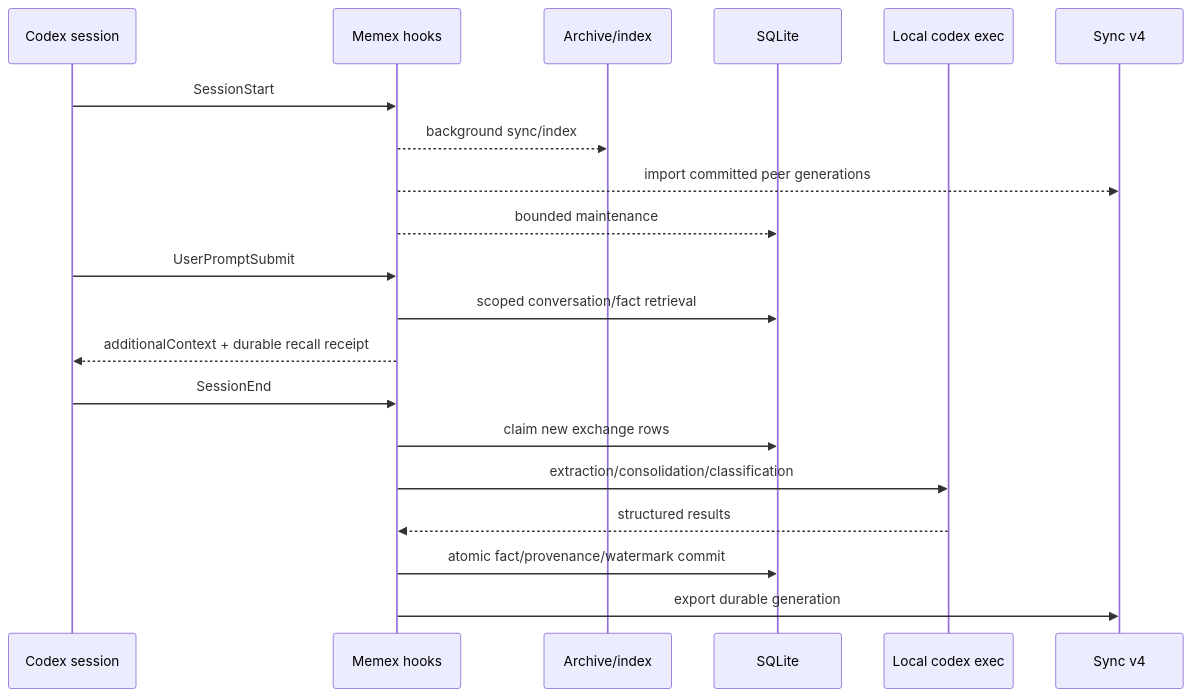
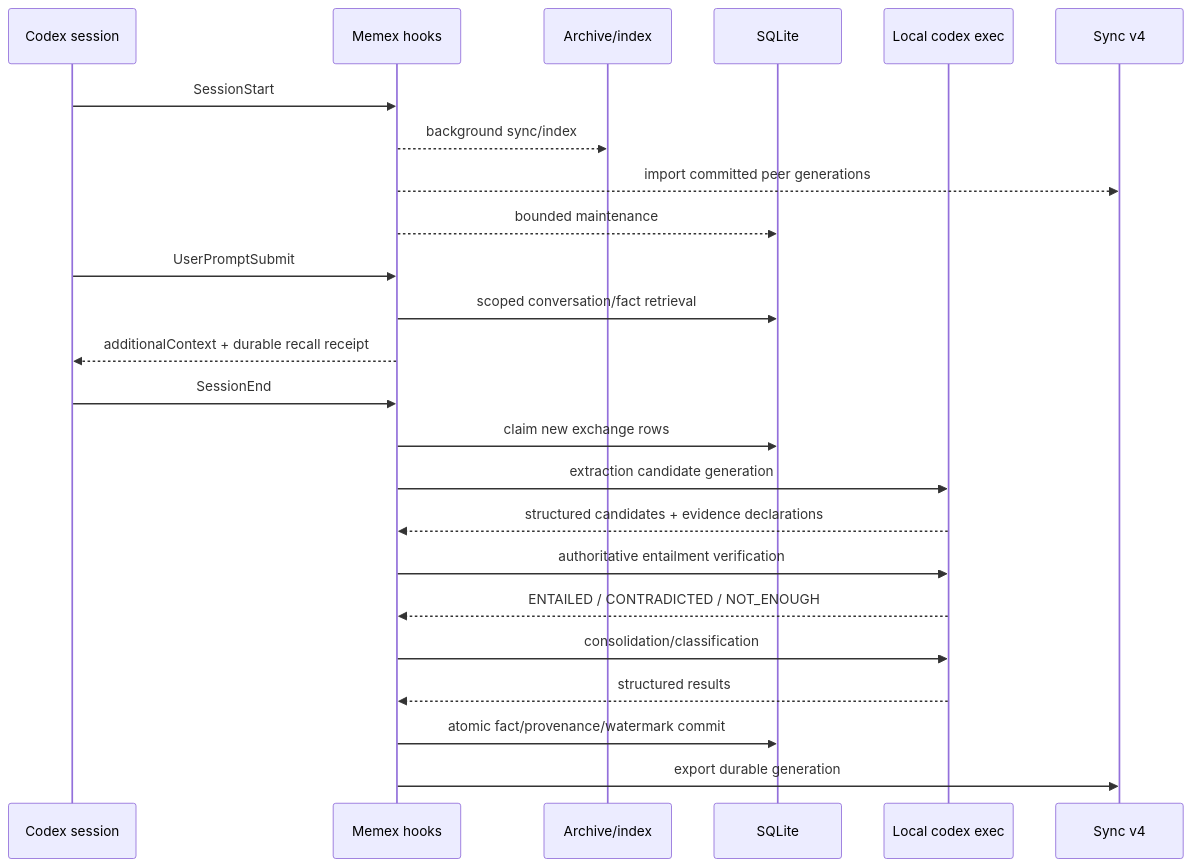
Before and after one commit to BongSuCHOI/memex: the second of 2 diagrams in docs/ARCHITECTURE.md, drawn with Mermaid. The commit also changed 13 other files, not shown here.

Commit message:
fix(extraction): require fact entailment

````diff
--- a/docs/ARCHITECTURE.md
+++ b/docs/ARCHITECTURE.md
@@ -159,25 +159,29 @@
 ```mermaid
 sequenceDiagram
     participant C as Codex session
     participant H as Memex hooks
     participant A as Archive/index
     participant D as SQLite
     participant L as Local codex exec
     participant S as Sync v4
 
     C->>H: SessionStart
     H-->>A: background sync/index
     H-->>S: import committed peer generations
     H-->>D: bounded maintenance
 
     C->>H: UserPromptSubmit
     H->>D: scoped conversation/fact retrieval
     H-->>C: additionalContext + durable recall receipt
 
     C->>H: SessionEnd
     H->>D: claim new exchange rows
-    H->>L: extraction/consolidation/classification
+    H->>L: extraction candidate generation
+    L-->>H: structured candidates + evidence declarations
+    H->>L: authoritative entailment verification
+    L-->>H: ENTAILED / CONTRADICTED / NOT_ENOUGH
+    H->>L: consolidation/classification
     L-->>H: structured results
     H->>D: atomic fact/provenance/watermark commit
     H->>S: export durable generation
 ```
````
